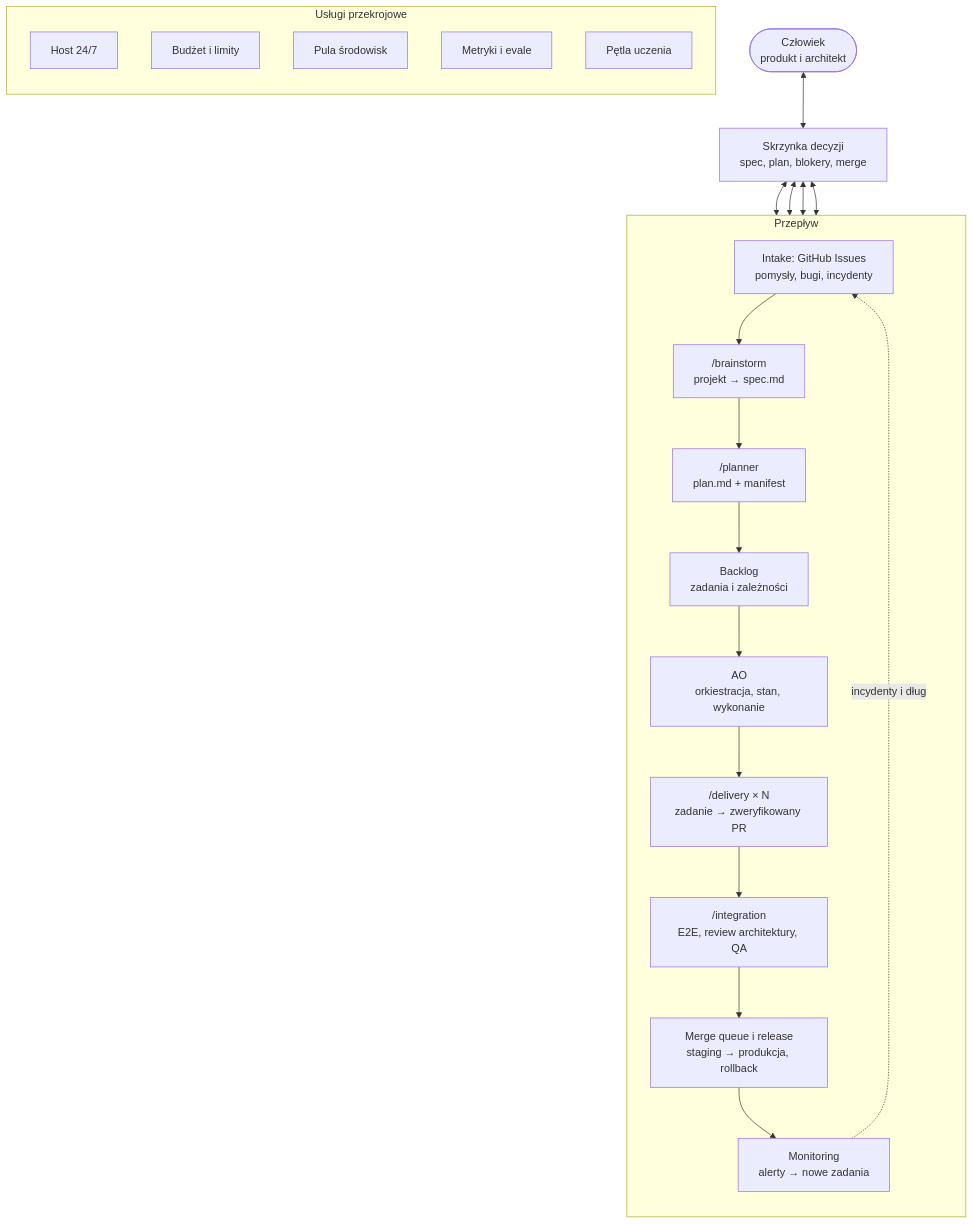
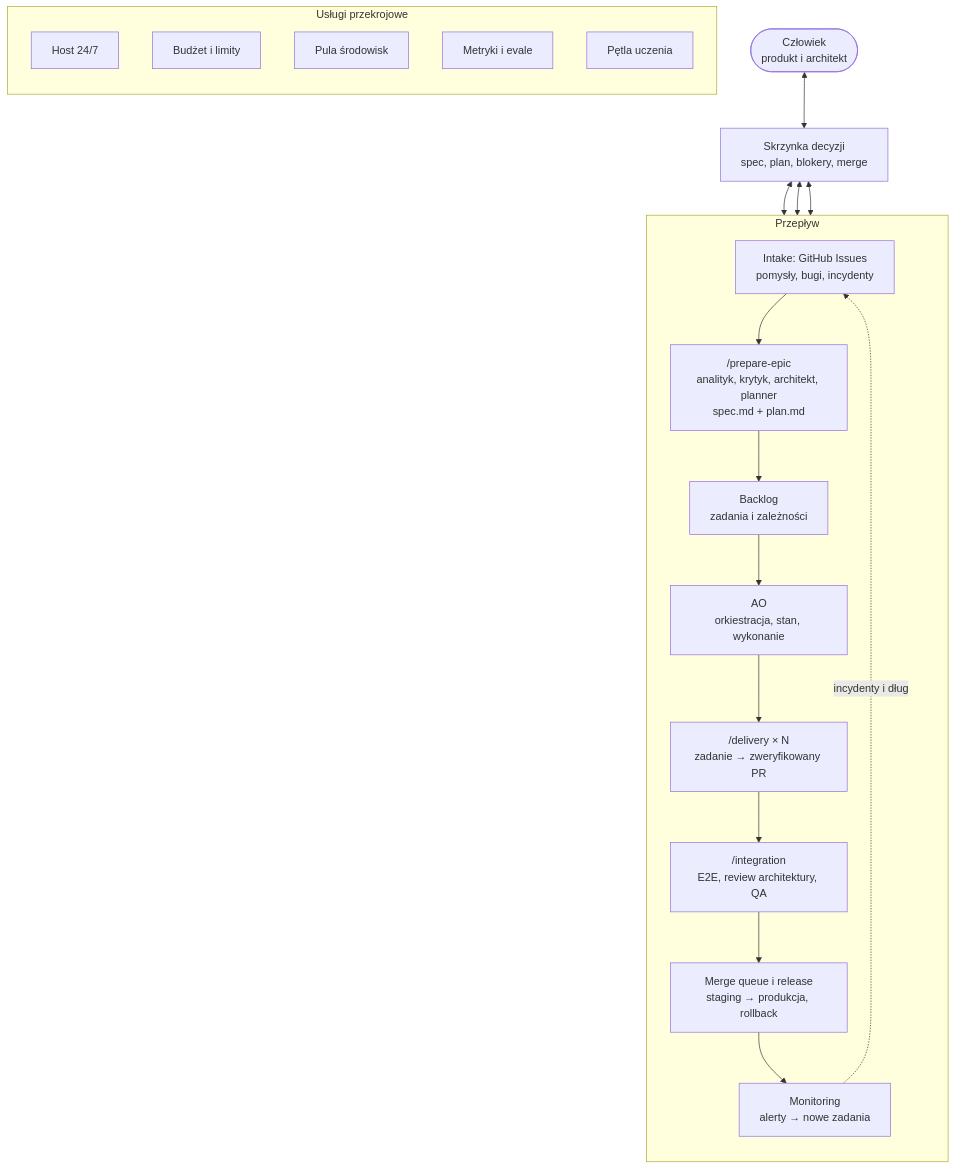
The diagram in docs/adr/agentic-software-house.md (piotrp321/shop), drawn with Mermaid before and after one commit. The commit also changed other lines of this file and 2 other files, not shown here.

Commit message:
docs(software-house): /prepare-epic in CLAUDE.md, ADR and the plan (step 6)

````diff
--- a/docs/adr/agentic-software-house.md
+++ b/docs/adr/agentic-software-house.md
@@ -18,36 +18,34 @@
 ```mermaid
 flowchart TB
     human([Człowiek<br/>produkt i architekt])
     inbox[Skrzynka decyzji<br/>spec, plan, blokery, merge]
 
     subgraph flow[Przepływ]
         direction TB
         intake[Intake: GitHub Issues<br/>pomysły, bugi, incydenty]
-        brainstorm["/brainstorm<br/>projekt → spec.md"]
-        planner["/planner<br/>plan.md + manifest"]
+        prepare["/prepare-epic<br/>analityk, krytyk, architekt, planner<br/>spec.md + plan.md"]
         backlog[Backlog<br/>zadania i zależności]
         ao[AO<br/>orkiestracja, stan, wykonanie]
         delivery["/delivery × N<br/>zadanie → zweryfikowany PR"]
         integration["/integration<br/>E2E, review architektury, QA"]
         release[Merge queue i release<br/>staging → produkcja, rollback]
         monitoring[Monitoring<br/>alerty → nowe zadania]
-        intake --> brainstorm --> planner --> backlog --> ao --> delivery --> integration --> release --> monitoring
+        intake --> prepare --> backlog --> ao --> delivery --> integration --> release --> monitoring
         monitoring -. incydenty i dług .-> intake
     end
 
     subgraph shared[Usługi przekrojowe]
         direction TB
         host[Host 24/7]
         budget[Budżet i limity]
         envs[Pula środowisk]
         metrics[Metryki i evale]
         learning[Pętla uczenia]
     end
 
     human <--> inbox
-    inbox <--> brainstorm
-    inbox <--> planner
+    inbox <--> prepare
     inbox <--> ao
     inbox <--> release
 
 ```
````
